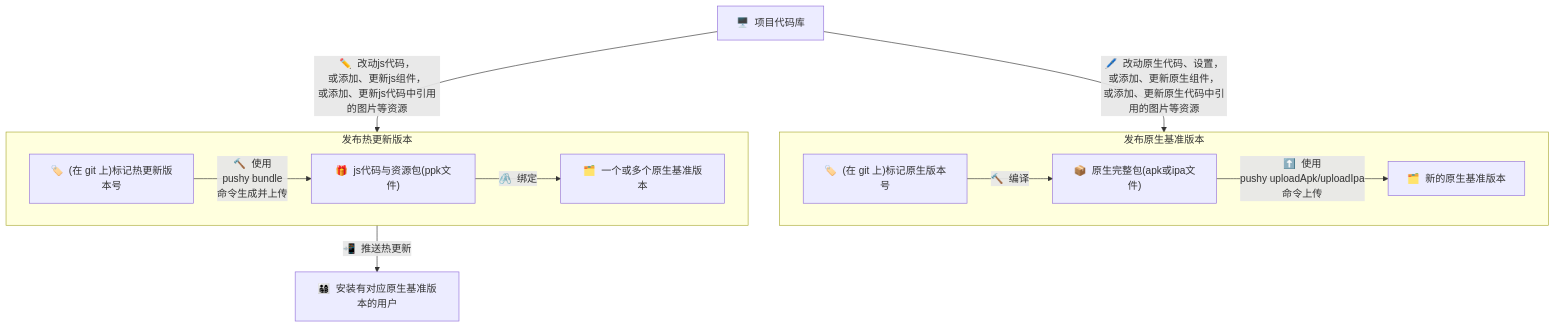
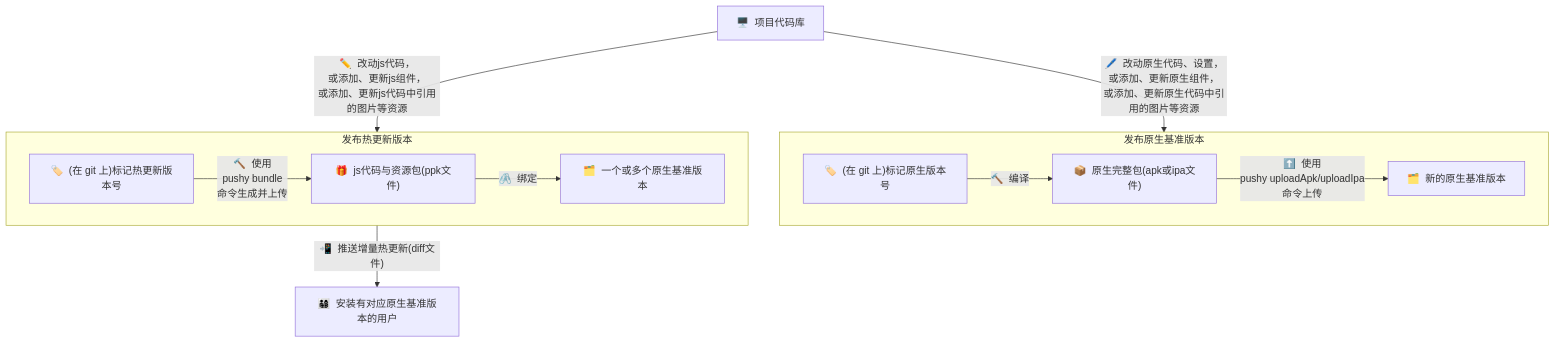
The diagram in site/docs/publish.md (reactnativecn/pushy-site), drawn with Mermaid before and after one commit. The commit also changed 1 other file, not shown here.

````diff
--- a/site/docs/publish.md
+++ b/site/docs/publish.md
@@ -10,22 +10,22 @@
 ```mermaid
 flowchart TD
     codebase["🖥️&nbsp;&nbsp;项目代码库"]
     subgraph 发布原生基准版本
     tagNativeVersion["🏷️&nbsp;&nbsp;(在 git 上)标记原生版本号"]
     newNativeVersion["🗂️&nbsp;&nbsp;新的原生基准版本"]
     nativePackage["📦&nbsp;&nbsp;原生完整包(apk或ipa文件)"]
     tagNativeVersion--"🔨&nbsp;&nbsp;编译"-->nativePackage
     nativePackage--"⬆️&nbsp;&nbsp;使用<br/>pushy uploadApk/uploadIpa<br/>命令上传"-->newNativeVersion
     end
     subgraph 发布热更新版本
     tagBundleVersion["🏷️&nbsp;&nbsp;(在 git 上)标记热更新版本号"]
     bundlePackage["🎁&nbsp;&nbsp;js代码与资源包(ppk文件)"]
     tagBundleVersion--"🔨&nbsp;&nbsp;使用<br/>pushy bundle<br/>命令生成并上传"-->bundlePackage
     someNativeVersions["🗂️&nbsp;&nbsp;一个或多个原生基准版本"]
     bundlePackage--"🖇️&nbsp;&nbsp;绑定"-->someNativeVersions
     end
     user["👨‍👩‍👧‍👦&nbsp;&nbsp;安装有对应原生基准版本的用户"]
     codebase--"✏️&nbsp;&nbsp;改动js代码，<br/>或添加、更新js组件，<br/>或添加、更新js代码中引用的图片等资源"-->发布热更新版本
     codebase--"🖊️&nbsp;&nbsp;改动原生代码、设置，<br/>或添加、更新原生组件，<br/>或添加、更新原生代码中引用的图片等资源"-->发布原生基准版本
-    发布热更新版本--"📲&nbsp;&nbsp;推送热更新"-->user
+    发布热更新版本--"📲&nbsp;&nbsp;推送增量热更新(diff文件)"-->user
 ```
````
